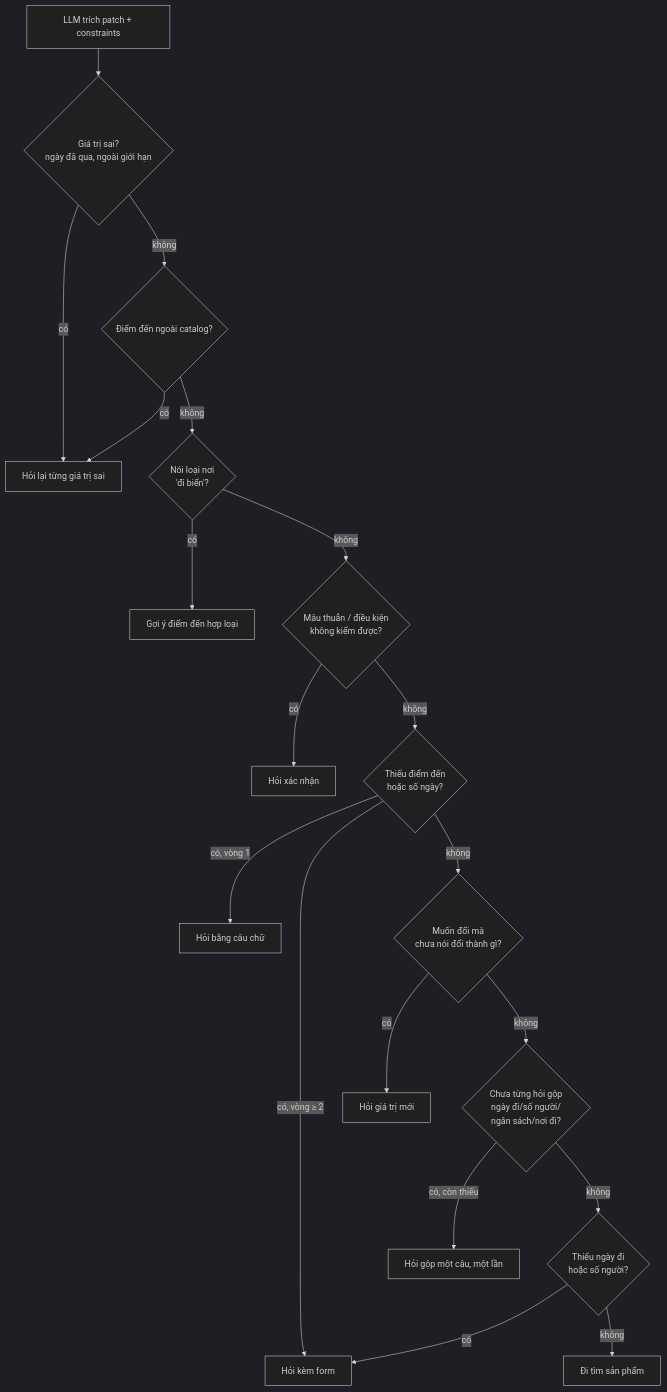
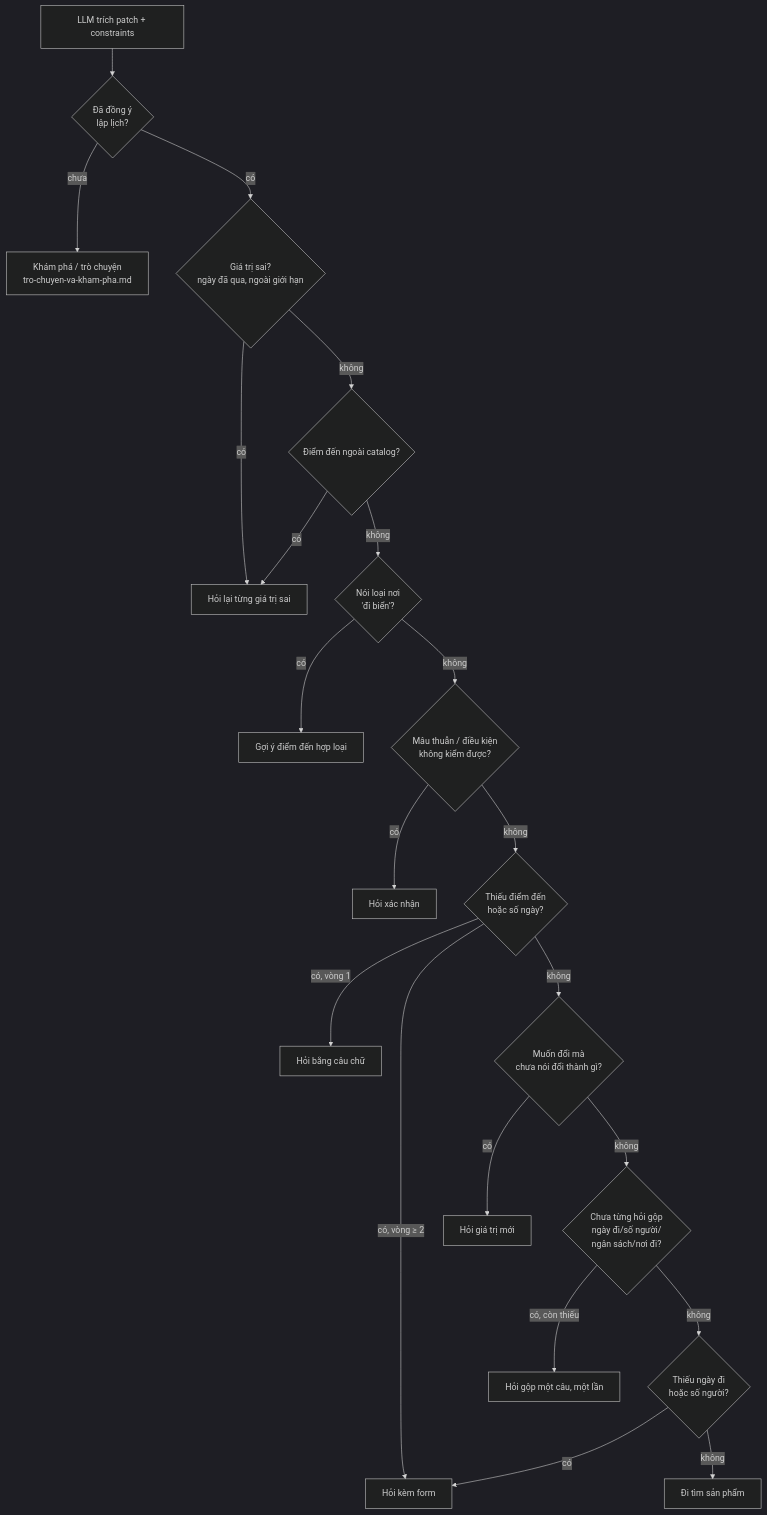
One commit to NguyenNhat4/Travel-Recommend-System changed the diagram in docs/spec/agent/nghiep-vu/hieu-y-dinh-va-hoi-lai.md. Above: the diagram before and after it, drawn with Mermaid (dark theme). The commit also changed other lines of this file and 12 other files, not shown here.

Commit message:
docs(agent): cập nhật nghiệp vụ theo code 11/10 — trò chuyện và khám phá, tư vấn vé, đổi vé/khách sạn, lịch tham khảo (FR-AGT-06, FR-AGT-07)

````diff
--- a/docs/spec/agent/nghiep-vu/hieu-y-dinh-va-hoi-lai.md
+++ b/docs/spec/agent/nghiep-vu/hieu-y-dinh-va-hoi-lai.md
@@ -40,21 +52,23 @@
 ```mermaid
 flowchart TD
-    A[LLM trích patch + constraints] --> B{Giá trị sai?<br/>ngày đã qua, ngoài giới hạn}
+    A[LLM trích patch + constraints] --> Z{Đã đồng ý<br/>lập lịch?}
+    Z -- "chưa" --> ZK[Khám phá / trò chuyện<br/>tro-chuyen-va-kham-pha.md]
+    Z -- "có" --> B{Giá trị sai?<br/>ngày đã qua, ngoài giới hạn}
     B -- có --> Q1[Hỏi lại từng giá trị sai]
     B -- không --> C{Điểm đến ngoài catalog?}
     C -- có --> Q1
     C -- không --> D{Nói loại nơi<br/>'đi biển'?}
     D -- có --> Q2[Gợi ý điểm đến hợp loại]
     D -- không --> E{Mâu thuẫn / điều kiện<br/>không kiểm được?}
     E -- có --> Q3[Hỏi xác nhận]
     E -- không --> F{Thiếu điểm đến<br/>hoặc số ngày?}
     F -- "có, vòng 1" --> Q4[Hỏi bằng câu chữ]
     F -- "có, vòng ≥ 2" --> Q5[Hỏi kèm form]
     F -- không --> G{Muốn đổi mà<br/>chưa nói đổi thành gì?}
     G -- có --> Q6[Hỏi giá trị mới]
     G -- không --> H{Chưa từng hỏi gộp<br/>ngày đi/số người/<br/>ngân sách/nơi đi?}
     H -- "có, còn thiếu" --> Q7[Hỏi gộp một câu, một lần]
     H -- không --> I{Thiếu ngày đi<br/>hoặc số người?}
     I -- có --> Q5
     I -- không --> T[Đi tìm sản phẩm]
 ```
````
